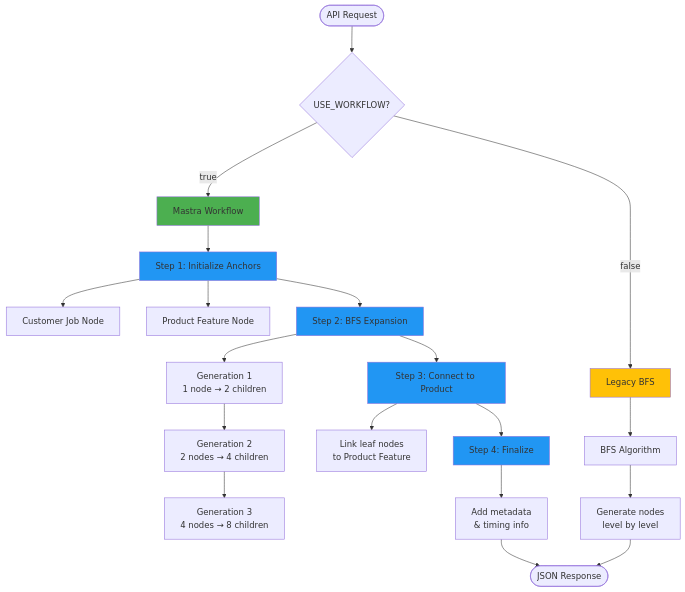
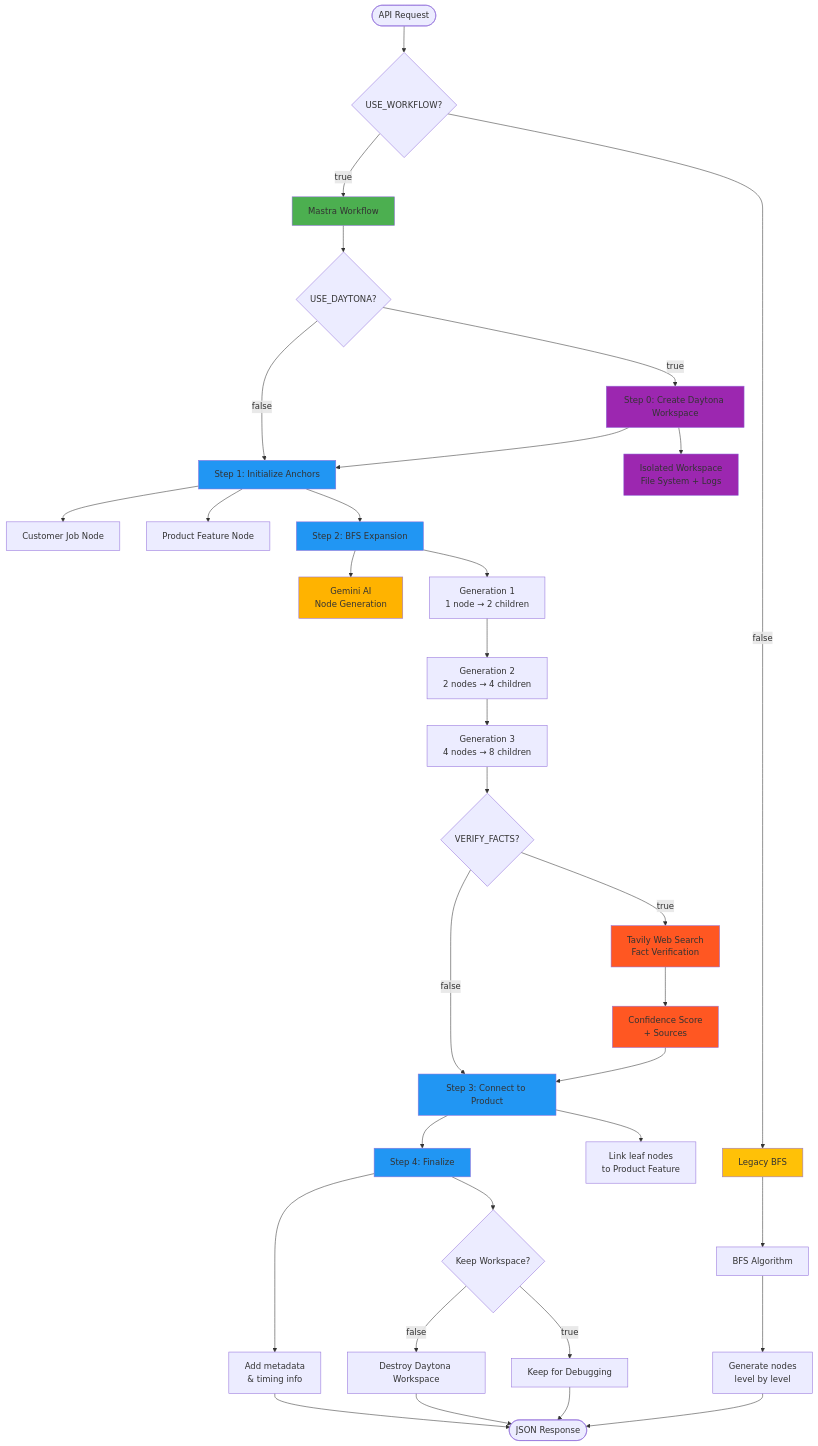
Before and after one commit to kirilligum/co-dreamer-hackathon-20251011: the diagram in mastra/README.md, drawn with Mermaid. The commit also changed other lines of this file, not shown here.

Commit message:
docs: Update README with Daytona and Tavily integration

````diff
--- a/mastra/README.md
+++ b/mastra/README.md
@@ -17,35 +17,58 @@
 ```mermaid
 flowchart TB
     Start([API Request]) --> Check{USE_WORKFLOW?}
 
     Check -->|true| WF[Mastra Workflow]
     Check -->|false| Legacy[Legacy BFS]
 
-    WF --> Step1[Step 1: Initialize Anchors]
+    WF --> DaytonaCheck{USE_DAYTONA?}
+
+    DaytonaCheck -->|true| Step0[Step 0: Create Daytona Workspace]
+    DaytonaCheck -->|false| Step1[Step 1: Initialize Anchors]
+
+    Step0 --> DaytonaWS[Isolated Workspace<br/>File System + Logs]
+    Step0 --> Step1
+
     Step1 --> Anchor1[Customer Job Node]
     Step1 --> Anchor2[Product Feature Node]
 
     Step1 --> Step2[Step 2: BFS Expansion]
+    Step2 --> LLM[Gemini AI<br/>Node Generation]
     Step2 --> Gen1[Generation 1<br/>1 node → 2 children]
     Gen1 --> Gen2[Generation 2<br/>2 nodes → 4 children]
     Gen2 --> Gen3[Generation 3<br/>4 nodes → 8 children]
 
-    Step2 --> Step3[Step 3: Connect to Product]
+    Gen3 --> VerifyCheck{VERIFY_FACTS?}
+    VerifyCheck -->|true| Tavily[Tavily Web Search<br/>Fact Verification]
+    VerifyCheck -->|false| Step3[Step 3: Connect to Product]
+    Tavily --> VerifyResult[Confidence Score<br/>+ Sources]
+    VerifyResult --> Step3
+
     Step3 --> Connect[Link leaf nodes<br/>to Product Feature]
 
     Step3 --> Step4[Step 4: Finalize]
     Step4 --> Meta[Add metadata<br/>& timing info]
+    Step4 --> CleanupCheck{Keep Workspace?}
+    CleanupCheck -->|false| Cleanup[Destroy Daytona Workspace]
+    CleanupCheck -->|true| Keep[Keep for Debugging]
 
     Legacy --> BFS[BFS Algorithm]
     BFS --> LegacyGen[Generate nodes<br/>level by level]
 
     Meta --> Response([JSON Response])
+    Cleanup --> Response
+    Keep --> Response
     LegacyGen --> Response
 
     style WF fill:#4CAF50
     style Legacy fill:#FFC107
+    style Step0 fill:#9C27B0
     style Step1 fill:#2196F3
     style Step2 fill:#2196F3
     style Step3 fill:#2196F3
     style Step4 fill:#2196F3
+    style DaytonaWS fill:#9C27B0
+    style Tavily fill:#FF5722
+    style VerifyResult fill:#FF5722
+    style LLM fill:#FFB300
 ```
````
